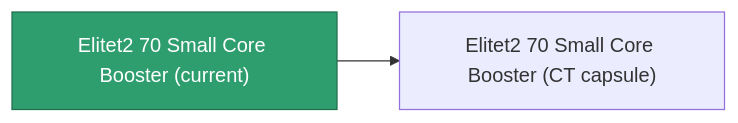
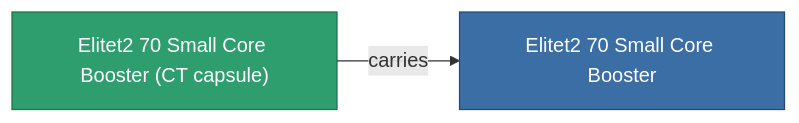
The diagram in content/content/items/elitet2_70_small_core_booster.md (OpenPerpetuum/Wiki), drawn with Mermaid before and after one commit. The commit also changed other lines of this file and 2015 other files, not shown here.

````diff
--- a/content/content/items/elitet2_70_small_core_booster.md
+++ b/content/content/items/elitet2_70_small_core_booster.md
@@ -35,8 +35,9 @@
 ```mermaid
 graph LR
-    a["Elitet2 70 Small Core Booster (current)"]:::current
-    b["Elitet2 70 Small Core Booster (CT capsule)"]
-    a --> b
-    click b "/content/items/elitet2-70-small-core-booster-ct-capsule/" "Elitet2 70 Small Core Booster (CT capsule)"
+    a["Elitet2 70 Small Core Booster (CT capsule)"]:::current
+    b["Elitet2 70 Small Core Booster"]:::finished
+    a -->|carries| b
+                click b "/content/items/elitet2-70-small-core-booster/" "Elitet2 70 Small Core Booster"
     classDef current fill:#2f9e6f,stroke:#1f6f4a,color:#ffffff
+    classDef finished fill:#3b6ea5,stroke:#274a75,color:#ffffff
 ```
````
